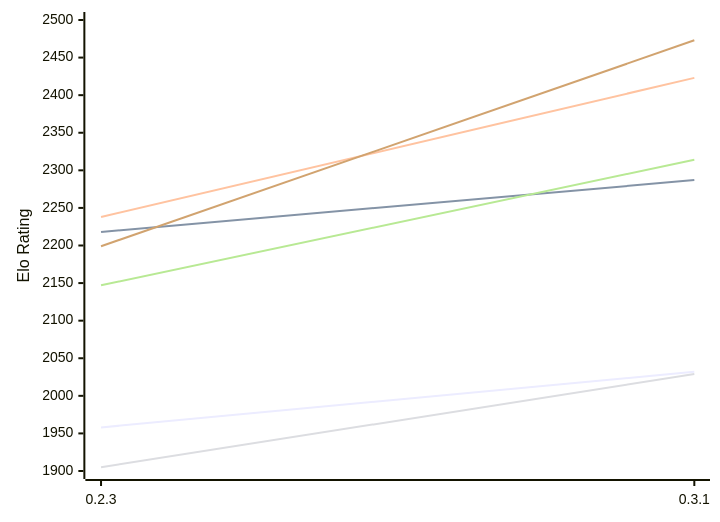
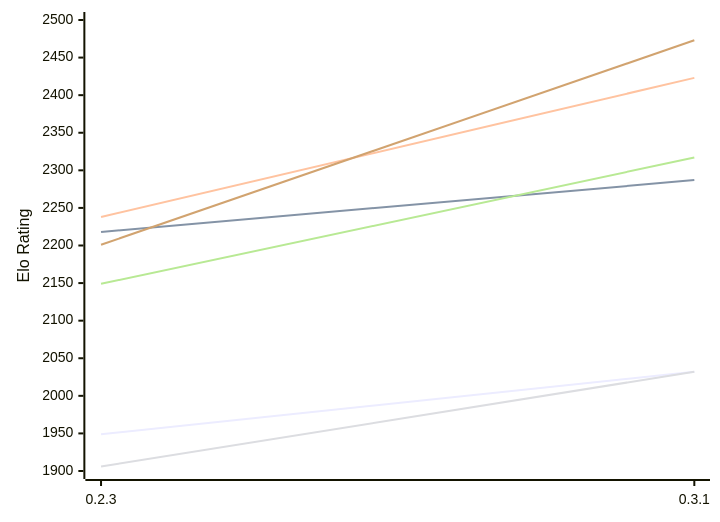
Before and after one commit to computer-chess-index/cci: the first of 2 diagrams in engines/Lolbot.md, drawn with Mermaid. The commit also changed other lines of this file, not shown here.

Commit message:
Update CCI Ratings (ELO VLTC) - 2026-11-28

````diff
--- a/engines/Lolbot.md
+++ b/engines/Lolbot.md
@@ -53,12 +53,12 @@
 ```mermaid
 %%{init: {"theme":"base","themeVariables":{"seriesColors:['#a3a3a3','#222221','#faa371']}}}%%
 xychart-beta
   x-axis ["0.2.3", "0.3.1"]
   y-axis "Elo Rating" 1900 --> 2500
-  line "E1: STC (8.0+0.08s)" [1958, 2032]
+  line "E1: STC (8.0+0.08s)" [1949, 2032]
   line "E1: LTC (60.0+0.60s)" [2218, 2287]
   line "E1: VLTC (2m24s+1.12s)" [2238, 2423]
-  line "P1: STC (8.0+0.08s)" [1905, 2029]
-  line "P1: LTC (60.0+0.60s)" [2147, 2314]
-  line "P1: VLTC (2m24s+1.12s)" [2199, 2473]
+  line "P1: STC (8.0+0.08s)" [1906, 2032]
+  line "P1: LTC (60.0+0.60s)" [2149, 2317]
+  line "P1: VLTC (2m24s+1.12s)" [2201, 2473]
 ```
````
